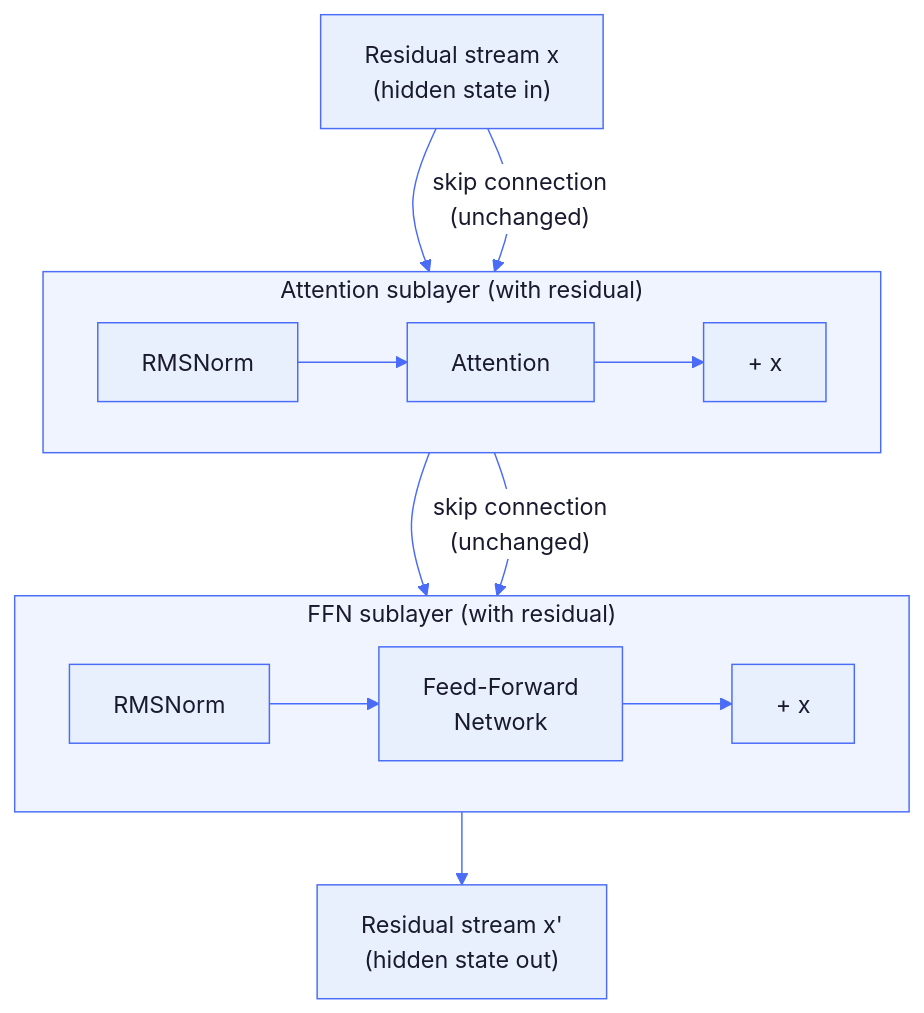
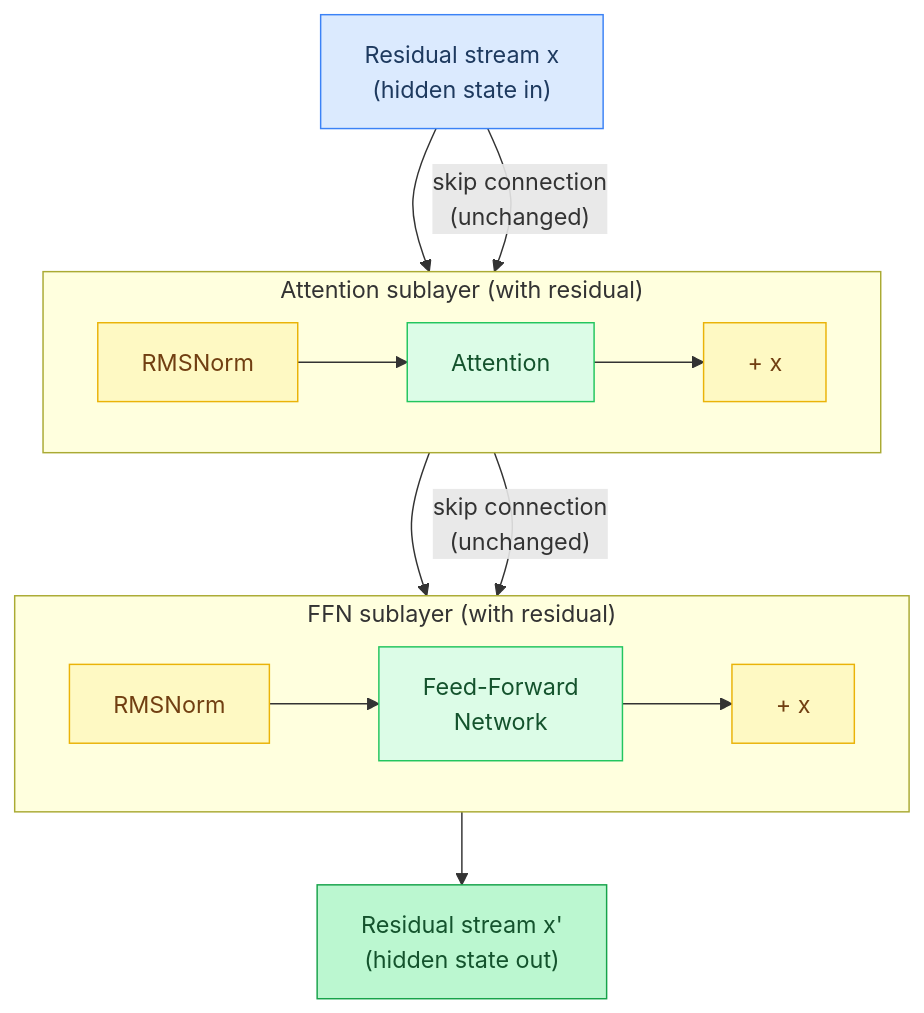
One commit to maci0/agave changed the first of 8 diagrams in docs/tutorial/02-the-transformer.md. Above: the diagram before and after it, drawn with Mermaid. The commit also changed other lines of this file and 24 other files, not shown here.

First line of the commit message:
docs: convert all mermaid diagrams to classDef semantic colors

````diff
--- a/docs/tutorial/02-the-transformer.md
+++ b/docs/tutorial/02-the-transformer.md
@@ -26,36 +26,36 @@
 ```mermaid
-%%{init: {'theme': 'base', 'themeVariables': {
-  'primaryColor': '#e8f0fe',
-  'primaryTextColor': '#1a1a2e',
-  'primaryBorderColor': '#4a6cf7',
-  'lineColor': '#4a6cf7',
-  'secondaryColor': '#f0f4ff',
-  'tertiaryColor': '#f8f9ff',
-  'edgeLabelBackground': '#ffffff',
-  'clusterBkg': '#f0f4ff',
-  'clusterBorder': '#4a6cf7',
-  'titleColor': '#1a1a2e',
-  'nodeTextColor': '#1a1a2e',
-  'fontFamily': 'ui-monospace, SFMono-Regular, monospace'
-}}}%%
 flowchart TD
-    In["Residual stream x\n(hidden state in)"]
+    classDef setup     fill:#dbeafe,stroke:#3b82f6,color:#1e3a5f
+    classDef sync      fill:#dcfce7,stroke:#22c55e,color:#14532d
+    classDef migration fill:#fef9c3,stroke:#eab308,color:#713f12
+    classDef success   fill:#bbf7d0,stroke:#16a34a,color:#14532d
+    classDef danger    fill:#fee2e2,stroke:#ef4444,color:#7f1d1d
+    classDef optional  fill:#f3e8ff,stroke:#9333ea,color:#581c87
+
+    In["Residual stream x\n(hidden state in)"]:::setup
+    AN["RMSNorm"]:::migration
+    Attn["Attention"]:::sync
+    AttnAdd["+ x"]:::migration
+    FN["RMSNorm"]:::migration
+    FFN["Feed-Forward\nNetwork"]:::sync
+    FFNAdd["+ x"]:::migration
+    Out["Residual stream x'\n(hidden state out)"]:::success
 
     subgraph AttnBlock["Attention sublayer (with residual)"]
         direction LR
-        AN["RMSNorm"] --> Attn["Attention"]
-        Attn --> AttnAdd["+ x"]
+        AN --> Attn
+        Attn --> AttnAdd
     end
 
     subgraph FFNBlock["FFN sublayer (with residual)"]
         direction LR
-        FN["RMSNorm"] --> FFN["Feed-Forward\nNetwork"]
-        FFN --> FFNAdd["+ x"]
+        FN --> FFN
+        FFN --> FFNAdd
     end
 
     In --> AN
     In -->|"skip connection\n(unchanged)"| AttnAdd
     AttnAdd --> FN
     AttnAdd -->|"skip connection\n(unchanged)"| FFNAdd
-    FFNAdd --> Out["Residual stream x'\n(hidden state out)"]
+    FFNAdd --> Out
 ```
````
